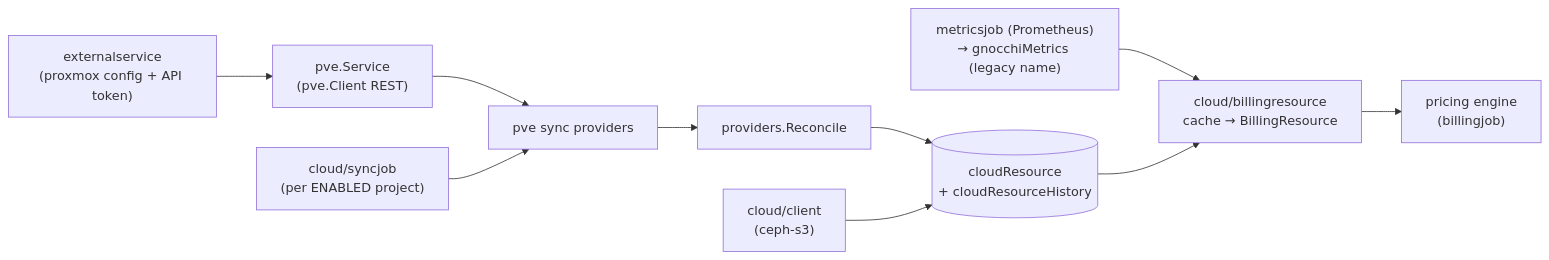
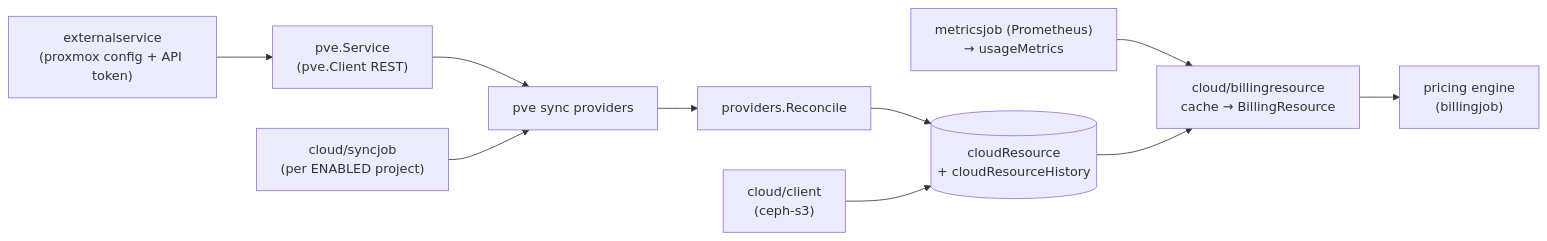
One commit to mutex-solutions/proxcloud changed the seventh of 7 diagrams in docs/architecture.md. Above: the diagram before and after it, drawn with Mermaid. The commit also changed other lines of this file and 240 other files, not shown here.

````diff
--- a/docs/architecture.md
+++ b/docs/architecture.md
@@ -390,12 +389,12 @@
 ```mermaid
 flowchart LR
     ES["externalservice<br/>(proxmox config + API token)"] --> PS["pve.Service<br/>(pve.Client REST)"]
     PS --> SP["pve sync providers"]
     SP --> REC["providers.Reconcile"]
     REC --> CACHE[("cloudResource<br/>+ cloudResourceHistory")]
     SYNC["cloud/syncjob<br/>(per ENABLED project)"] --> SP
     OBJ["cloud/client<br/>(ceph-s3)"] --> CACHE
-    MET["metricsjob (Prometheus)<br/>→ gnocchiMetrics (legacy name)"] --> BR
+    MET["metricsjob (Prometheus)<br/>→ usageMetrics"] --> BR
     CACHE --> BR["cloud/billingresource<br/>cache → BillingResource"]
     BR --> RATING["pricing engine<br/>(billingjob)"]
 ```
````
